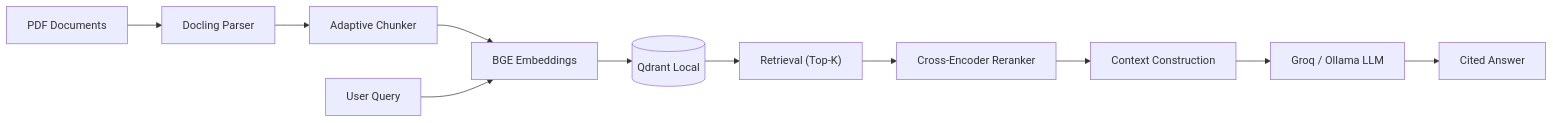
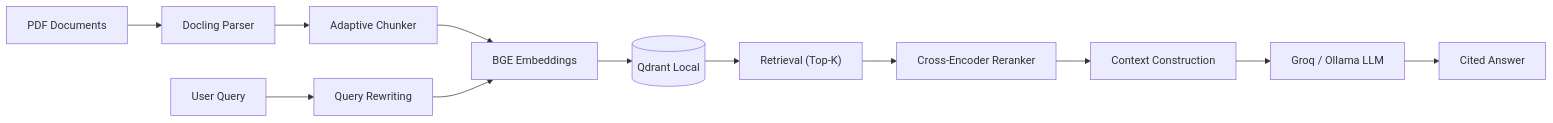
Before and after one commit to Sagorika28/RAG-OpenSource: the diagram in DOCUMENTATION.md, drawn with Mermaid. The commit also changed other lines of this file and 6 other files, not shown here.

````diff
--- a/DOCUMENTATION.md
+++ b/DOCUMENTATION.md
@@ -9,14 +9,15 @@
 ```mermaid
 graph LR
     PDF[PDF Documents] --> Parser[Docling Parser]
     Parser --> Chunker[Adaptive Chunker]
     Chunker --> Embed[BGE Embeddings]
     Embed --> VectorDB[(Qdrant Local)]
     
-    User[User Query] --> Embed
+    User[User Query] --> Rewrite[Query Rewriting]
+    Rewrite --> Embed
     VectorDB --> Retr["Retrieval (Top-K)"]
     Retr --> Rerank[Cross-Encoder Reranker]
     Rerank --> Context[Context Construction]
     Context --> LLM["Groq / Ollama LLM"]
     LLM --> Answer[Cited Answer]
 ```
````
